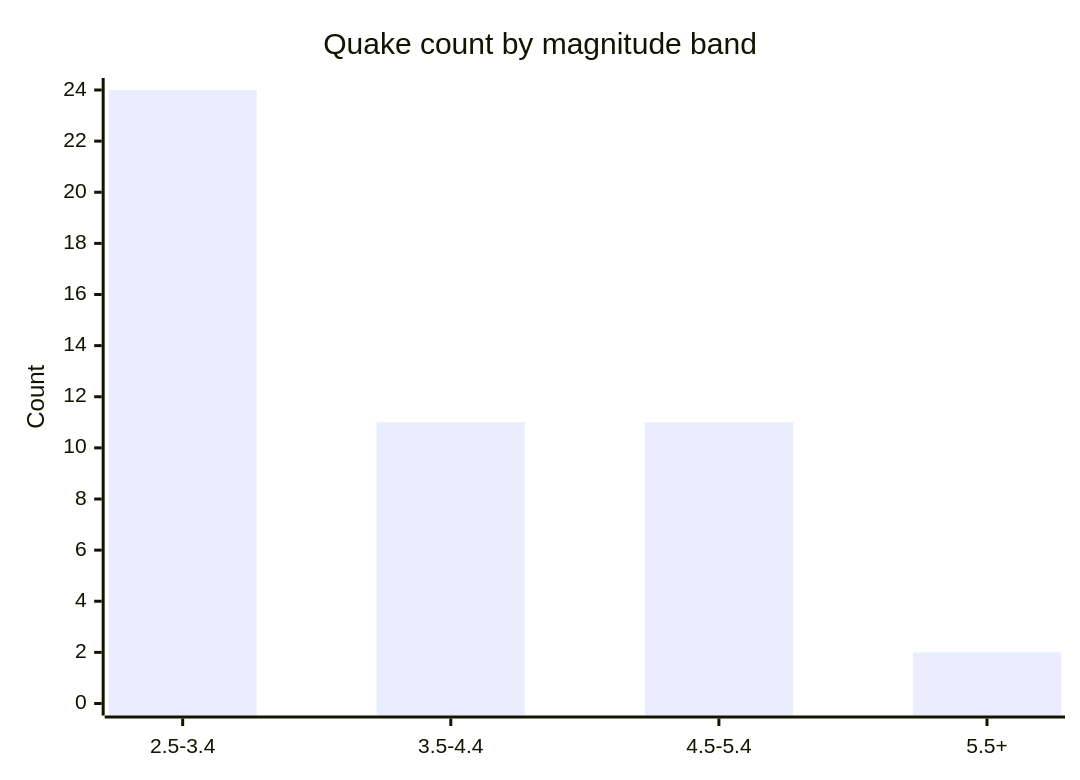
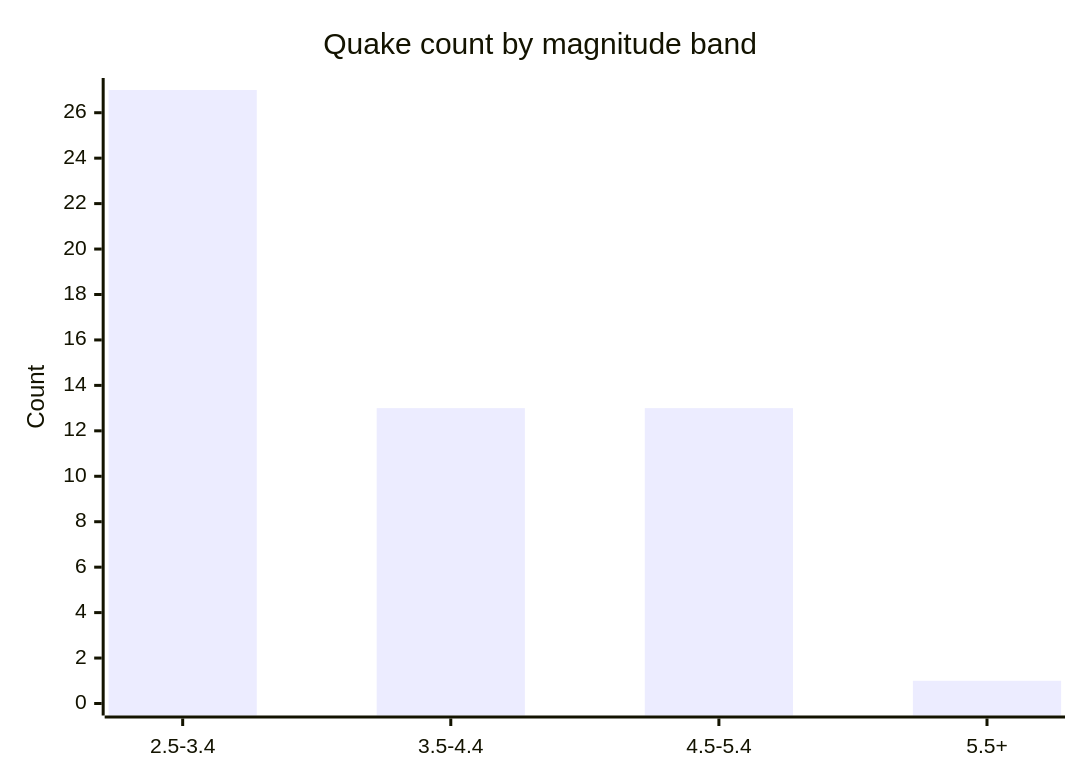
Before and after one commit to Midwest-Stratospheric/aerostratospheric-defense-gir: the fifth of 6 diagrams in docs/GRAPHS.md, drawn with Mermaid. The commit also changed other lines of this file and 23 other files, not shown here.

````diff
--- a/docs/GRAPHS.md
+++ b/docs/GRAPHS.md
@@ -82,7 +82,7 @@
 ```mermaid
 xychart-beta
   title "Quake count by magnitude band"
   x-axis ["2.5-3.4", "3.5-4.4", "4.5-5.4", "5.5+"]
-  y-axis "Count" 0 --> 24
-  bar [24, 11, 11, 2]
+  y-axis "Count" 0 --> 27
+  bar [27, 13, 13, 1]
 ```
````
